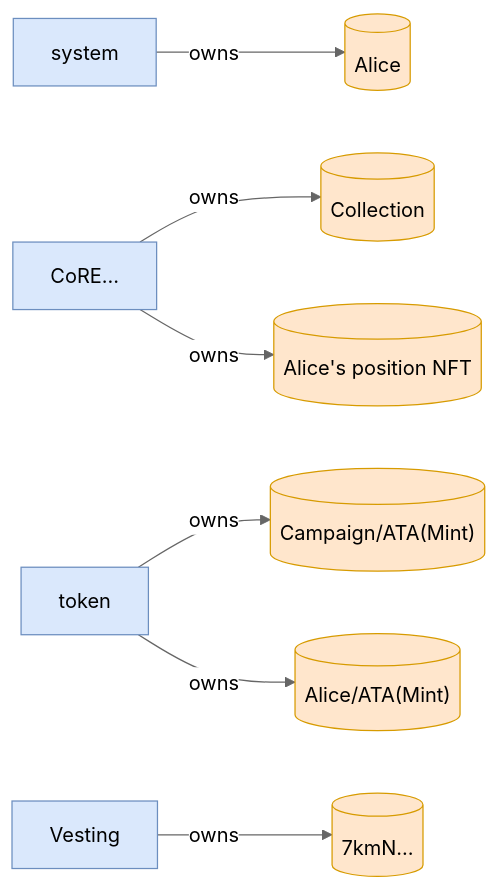
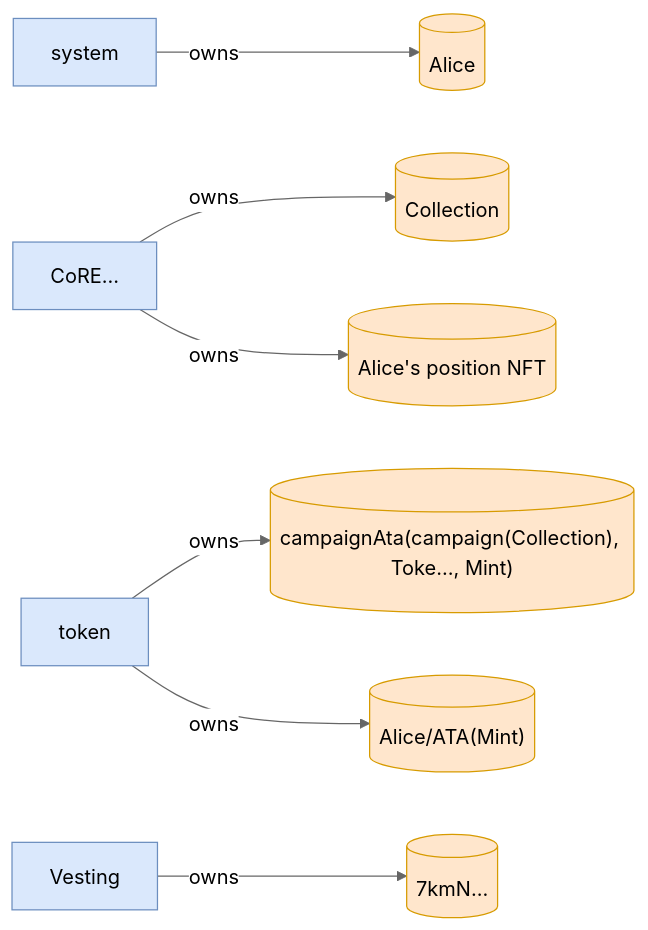
One commit to cds-turbin3/vesting-position changed the sixth of 12 diagrams in babelfish-tests/test-report/vested_tokens_are_forfeited_past_the_grace_window.md. Above: the diagram before and after it, drawn with Mermaid (neutral theme). The commit also changed other lines of this file and 51 other files, not shown here.

````diff
--- a/babelfish-tests/test-report/vested_tokens_are_forfeited_past_the_grace_window.md
+++ b/babelfish-tests/test-report/vested_tokens_are_forfeited_past_the_grace_window.md
@@ -337,22 +298,22 @@
 ```mermaid
 flowchart LR
     system["system"]:::program
     Alice[("Alice")]:::state
     CoRE["CoRE…"]:::program
     Collection[("Collection")]:::state
     token["token"]:::program
-    CampaignATAMint[("Campaign/ATA(Mint)")]:::state
+    campaignAtacampaignCollectionTokeMint[("campaignAta(campaign(Collection), Toke…, Mint)")]:::state
     AliceATAMint[("Alice/ATA(Mint)")]:::state
     AlicespositionNFT[("Alice's position NFT")]:::state
     Vesting["Vesting"]:::program
     7kmN[("7kmN…")]:::state
     system -->|owns| Alice
     CoRE -->|owns| Collection
-    token -->|owns| CampaignATAMint
+    token -->|owns| campaignAtacampaignCollectionTokeMint
     token -->|owns| AliceATAMint
     CoRE -->|owns| AlicespositionNFT
     Vesting -->|owns| 7kmN
     classDef program fill:#dae8fc,stroke:#6c8ebf;
     classDef signer fill:#d5e8d4,stroke:#82b366;
     classDef state fill:#ffe6cc,stroke:#d79b00;
 ```
````
